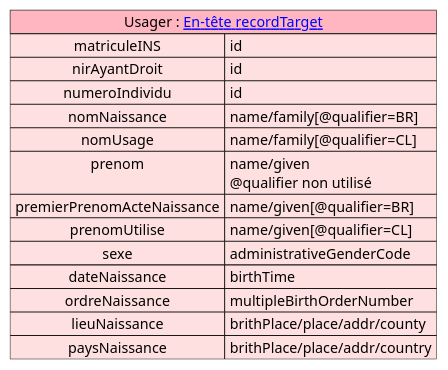
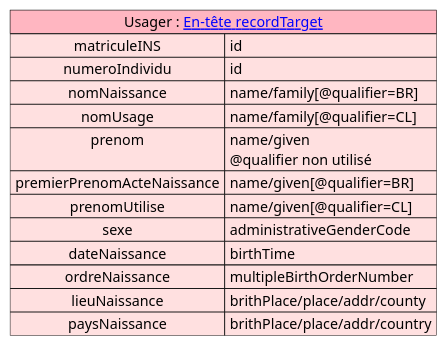
One commit to ansforge/IG-fhir-transfert-donnees-dui-esms changed the diagram in input/images-source/mapping_usager.plantuml. Above: the diagram before and after it, drawn with PlantUML. The commit also changed 5 other files, not shown here.

```diff
--- a/input/images-source/mapping_usager.plantuml
+++ b/input/images-source/mapping_usager.plantuml
@@ -1,20 +1,19 @@
 @startuml
 
 
 map "Usager : [[contenu_dossier_entete_cda.html En-tête recordTarget]]" as Usager #back:IMPLEMENTATION;header:LightPink {
     matriculeINS => id
-    nirAyantDroit => id
     numeroIndividu => id
     nomNaissance => name/family[@qualifier=BR]
     nomUsage => name/family[@qualifier=CL]
     prenom => name/given \n@qualifier non utilisé
     premierPrenomActeNaissance  => name/given[@qualifier=BR]
     prenomUtilise => name/given[@qualifier=CL]
     sexe => administrativeGenderCode
     dateNaissance => birthTime
     ordreNaissance => multipleBirthOrderNumber
     lieuNaissance => brithPlace/place/addr/county
     paysNaissance => brithPlace/place/addr/country
 }
 
 @enduml
```
